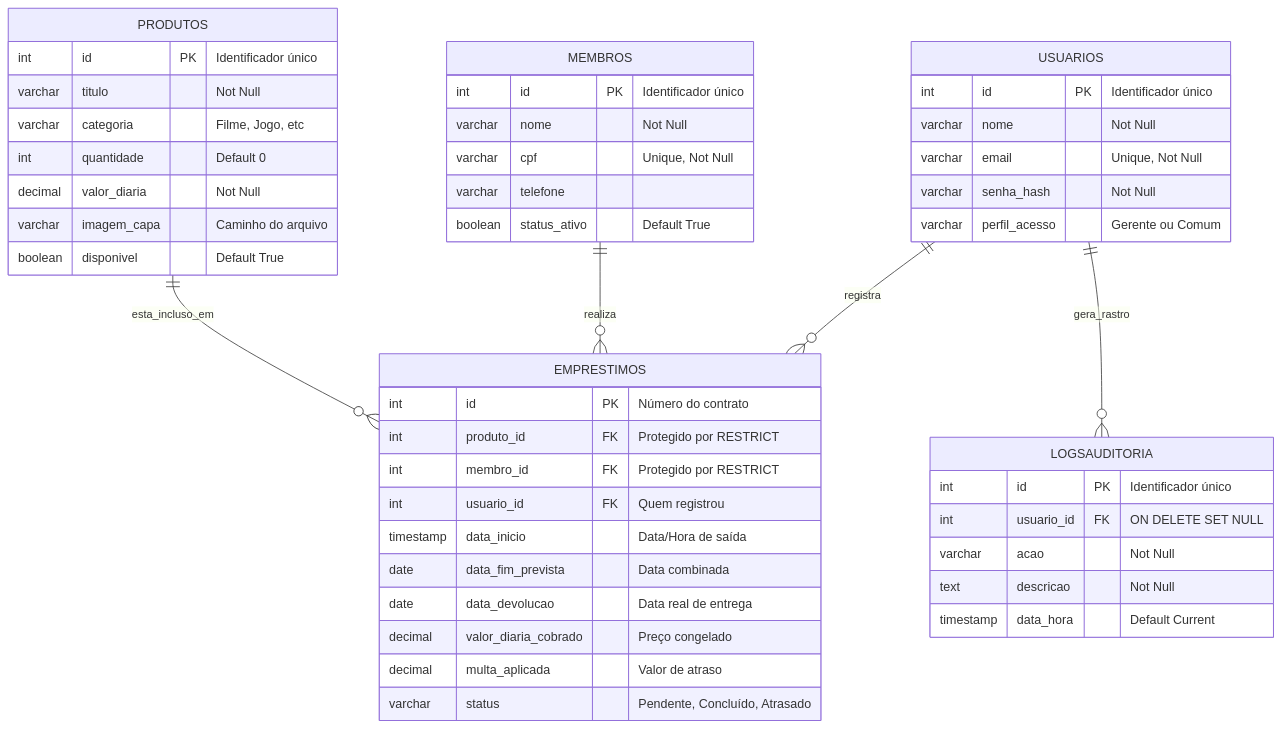
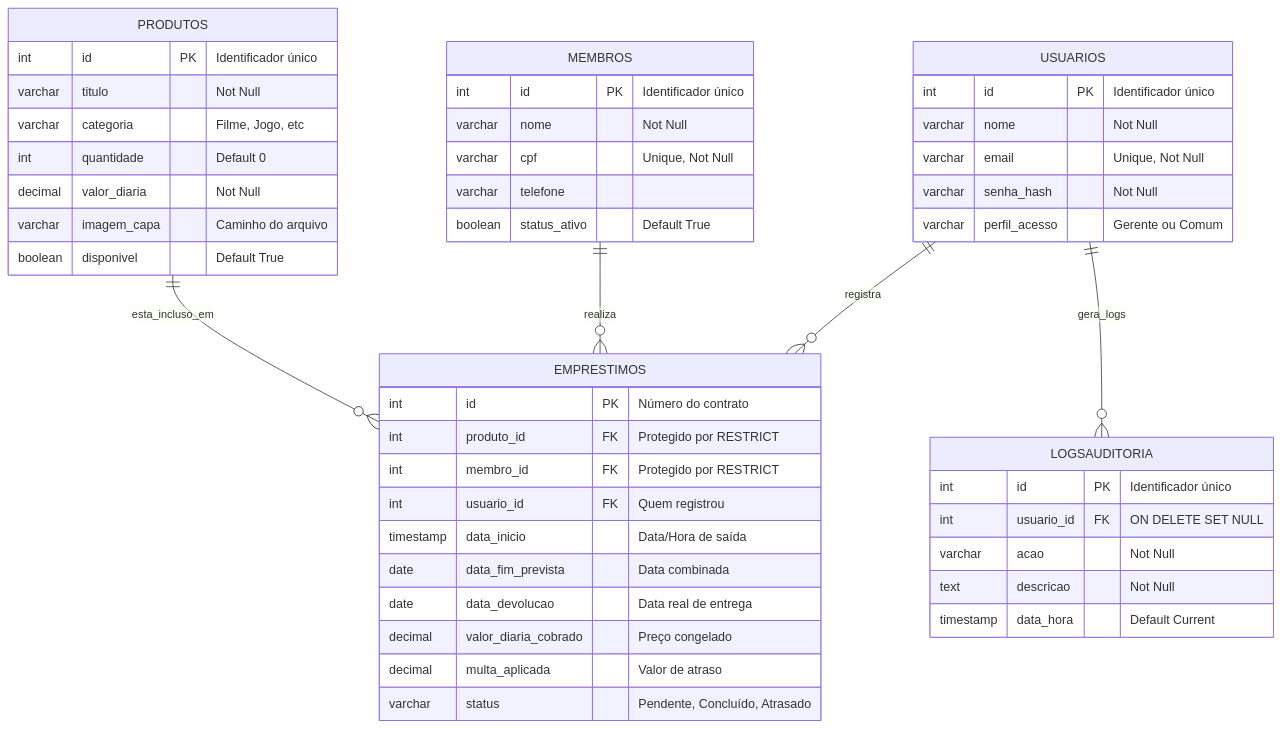
The first of 4 diagrams in README.md (inumaki-david/Geek-Hub), drawn with Mermaid before and after one commit.

Commit message:
finalizando 3.0

````diff
--- a/README.md
+++ b/README.md
@@ -298,61 +298,61 @@
 ```mermaid
 erDiagram
     %% Tabela de Usuários (Funcionários/Gerentes)
     USUARIOS {
         int id PK "Identificador único"
         varchar nome "Not Null"
         varchar email "Unique, Not Null"
         varchar senha_hash "Not Null"
         varchar perfil_acesso "Gerente ou Comum"
     }
 
     %% Tabela de Membros (Clientes)
     MEMBROS {
         int id PK "Identificador único"
         varchar nome "Not Null"
         varchar cpf "Unique, Not Null"
         varchar telefone ""
         boolean status_ativo "Default True"
     }
 
     %% Tabela de Produtos (Acervo)
     PRODUTOS {
         int id PK "Identificador único"
         varchar titulo "Not Null" 
         varchar categoria "Filme, Jogo, etc"
         int quantidade "Default 0"
         decimal valor_diaria "Not Null"
         varchar imagem_capa "Caminho do arquivo"
         boolean disponivel "Default True"
     }
 
     %% Tabela de Empréstimos (Transações)
     EMPRESTIMOS {
         int id PK "Número do contrato"
         int produto_id FK "Protegido por RESTRICT"
         int membro_id FK "Protegido por RESTRICT"
         int usuario_id FK "Quem registrou"
         timestamp data_inicio "Data/Hora de saída"
         date data_fim_prevista "Data combinada"
         date data_devolucao "Data real de entrega"
         decimal valor_diaria_cobrado "Preço congelado"
         decimal multa_aplicada "Valor de atraso"
         varchar status "Pendente, Concluído, Atrasado"
     }
 
     %% Tabela de Logs (Auditoria)
     LOGSAUDITORIA {
         int id PK "Identificador único"
         int usuario_id FK "ON DELETE SET NULL"
         varchar acao "Not Null"
         text descricao "Not Null"
         timestamp data_hora "Default Current"
     }
 
     %% Relações (Cardinalidade)
     USUARIOS ||--o{ EMPRESTIMOS : "registra"
     MEMBROS ||--o{ EMPRESTIMOS : "realiza"
     PRODUTOS ||--o{ EMPRESTIMOS : "esta_incluso_em"
-    USUARIOS ||--o{ LOGSAUDITORIA : "gera_rastro"
+    USUARIOS ||--o{ LOGSAUDITORIA : "gera_logs"
 
 ```
````
